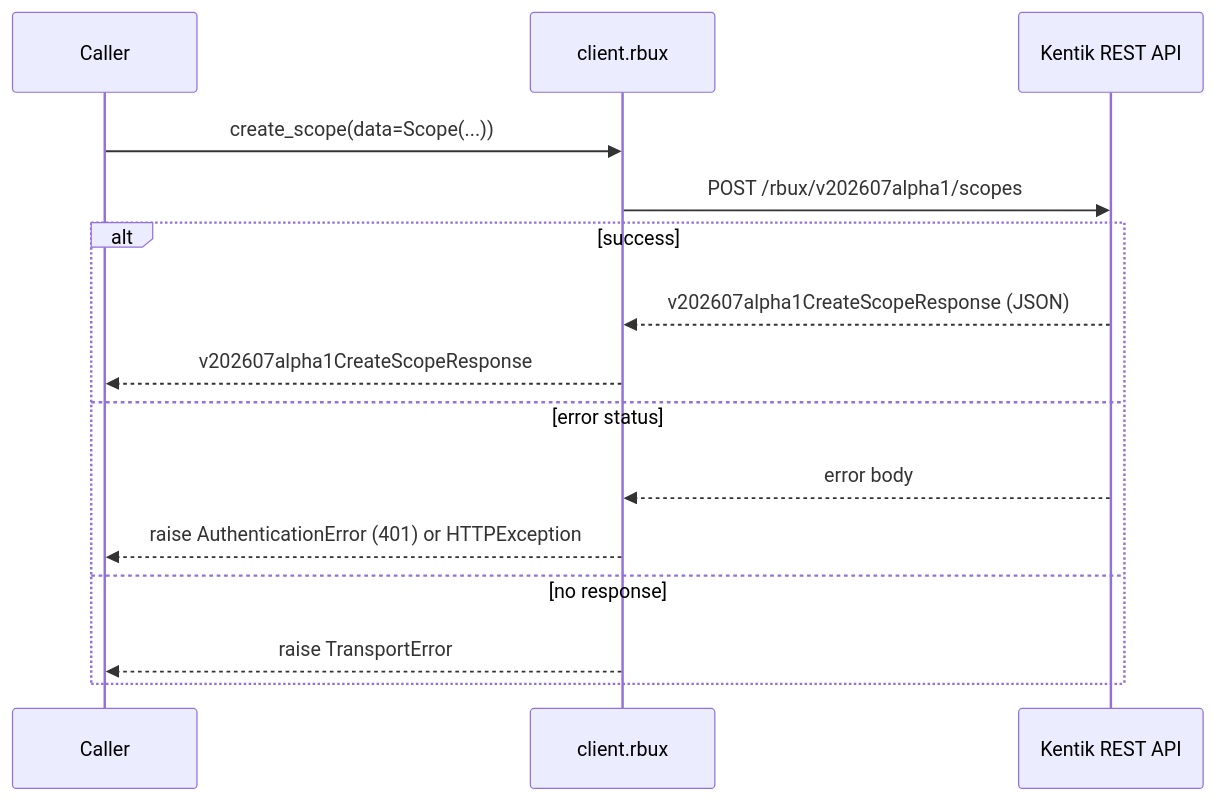
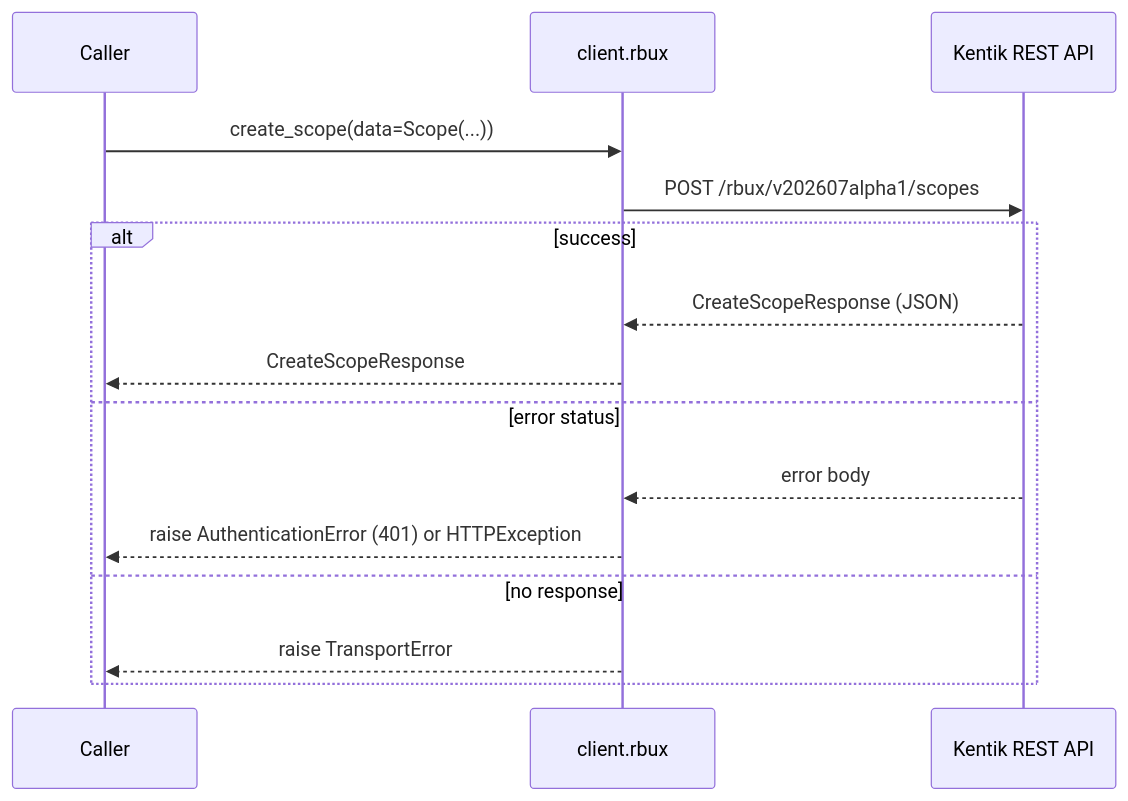
The fourth of 12 diagrams in docs/sphinx/services/rbux.md (alexdearaujo/community_sdk_python), drawn with Mermaid before and after one commit. The commit also changed other lines of this file and 38 other files, not shown here.

````diff
--- a/docs/sphinx/services/rbux.md
+++ b/docs/sphinx/services/rbux.md
@@ -106,18 +106,18 @@
 ```mermaid
 sequenceDiagram
     participant C as Caller
     participant W as client.rbux
     participant API as Kentik REST API
 
     C->>W: create_scope(data=Scope(...))
     W->>API: POST /rbux/v202607alpha1/scopes
     alt success
-        API-->>W: v202607alpha1CreateScopeResponse (JSON)
-        W-->>C: v202607alpha1CreateScopeResponse
+        API-->>W: CreateScopeResponse (JSON)
+        W-->>C: CreateScopeResponse
     else error status
         API-->>W: error body
         W-->>C: raise AuthenticationError (401) or HTTPException
     else no response
         W-->>C: raise TransportError
     end
 ```
````
